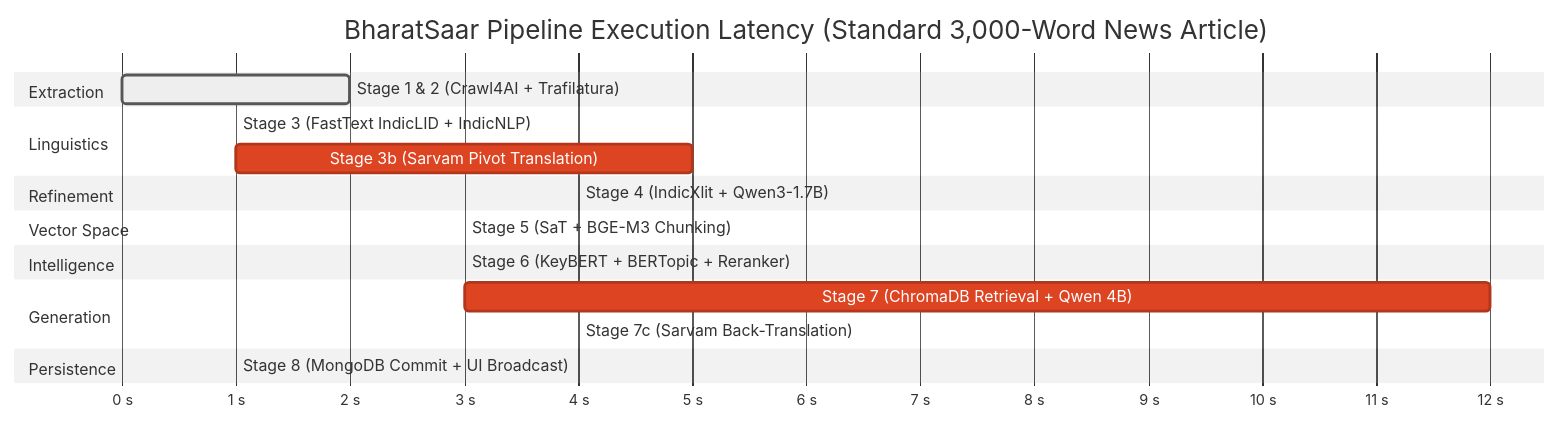
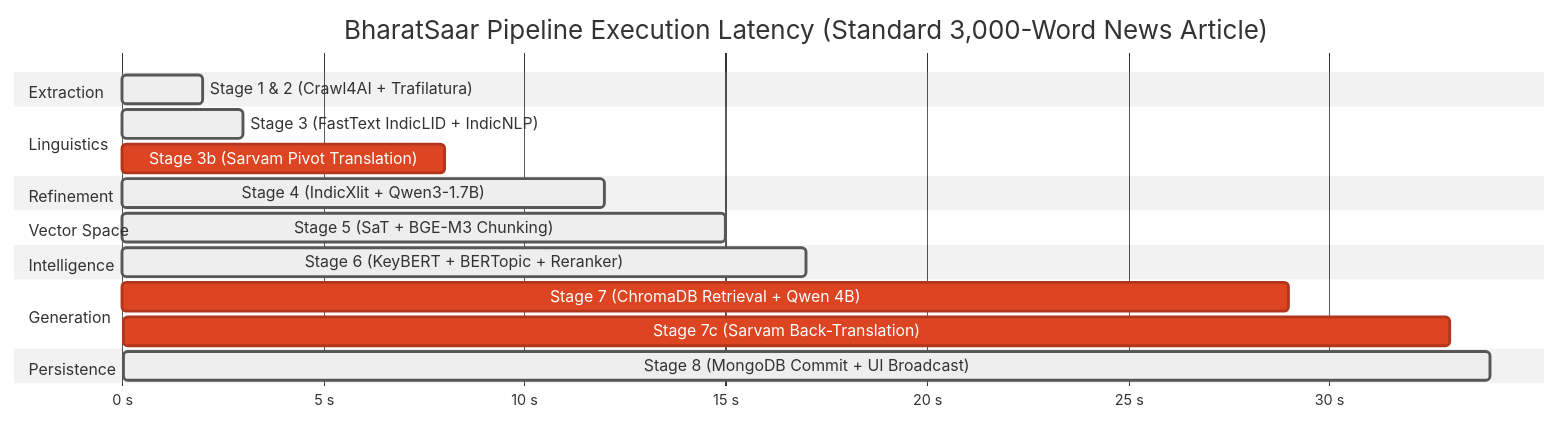
Before and after one commit to BISHAL17048/BharatSaar-Multilingual-Text-Summarization-Platform: diagram 13 of 13 in README.md, drawn with Mermaid (neutral theme). The commit also changed other lines of this file and 22 other files, not shown here.

Commit message:
feat: UI refinements - navbar, footer, Gantt chart, hero card, flowcharts

````diff
--- a/README.md
+++ b/README.md
@@ -1065,22 +1370,22 @@
 ```mermaid
 gantt
     title BharatSaar Pipeline Execution Latency (Standard 3,000-Word News Article)
     dateFormat X
     axisFormat %s s
     section Extraction
     Stage 1 & 2 (Crawl4AI + Trafilatura)   :active, s1, 0, 2
     section Linguistics
-    Stage 3 (FastText IndicLID + IndicNLP) :s2, after s1, 1
-    Stage 3b (Sarvam Pivot Translation)    :crit, s3, after s2, 5
+    Stage 3 (FastText IndicLID + IndicNLP) :active, s2, 2, 3
+    Stage 3b (Sarvam Pivot Translation)    :crit, s3, 3, 8
     section Refinement
-    Stage 4 (IndicXlit + Qwen3-1.7B)       :s4, after s3, 4
+    Stage 4 (IndicXlit + Qwen3-1.7B)       :active, s4, 8, 12
     section Vector Space
-    Stage 5 (SaT + BGE-M3 Chunking)        :s5, after s4, 3
+    Stage 5 (SaT + BGE-M3 Chunking)        :active, s5, 12, 15
     section Intelligence
-    Stage 6 (KeyBERT + BERTopic + Reranker):s6, after s5, 3
+    Stage 6 (KeyBERT + BERTopic + Reranker):active, s6, 15, 17
     section Generation
-    Stage 7 (ChromaDB Retrieval + Qwen 4B) :crit, s7, after s6, 12
-    Stage 7c (Sarvam Back-Translation)     :crit, s8, after s7, 4
+    Stage 7 (ChromaDB Retrieval + Qwen 4B) :crit, s7, 17, 29
+    Stage 7c (Sarvam Back-Translation)     :crit, s8, 29, 33
     section Persistence
-    Stage 8 (MongoDB Commit + UI Broadcast):s9, after s8, 1
+    Stage 8 (MongoDB Commit + UI Broadcast):active, s9, 33, 34
 ```
````
